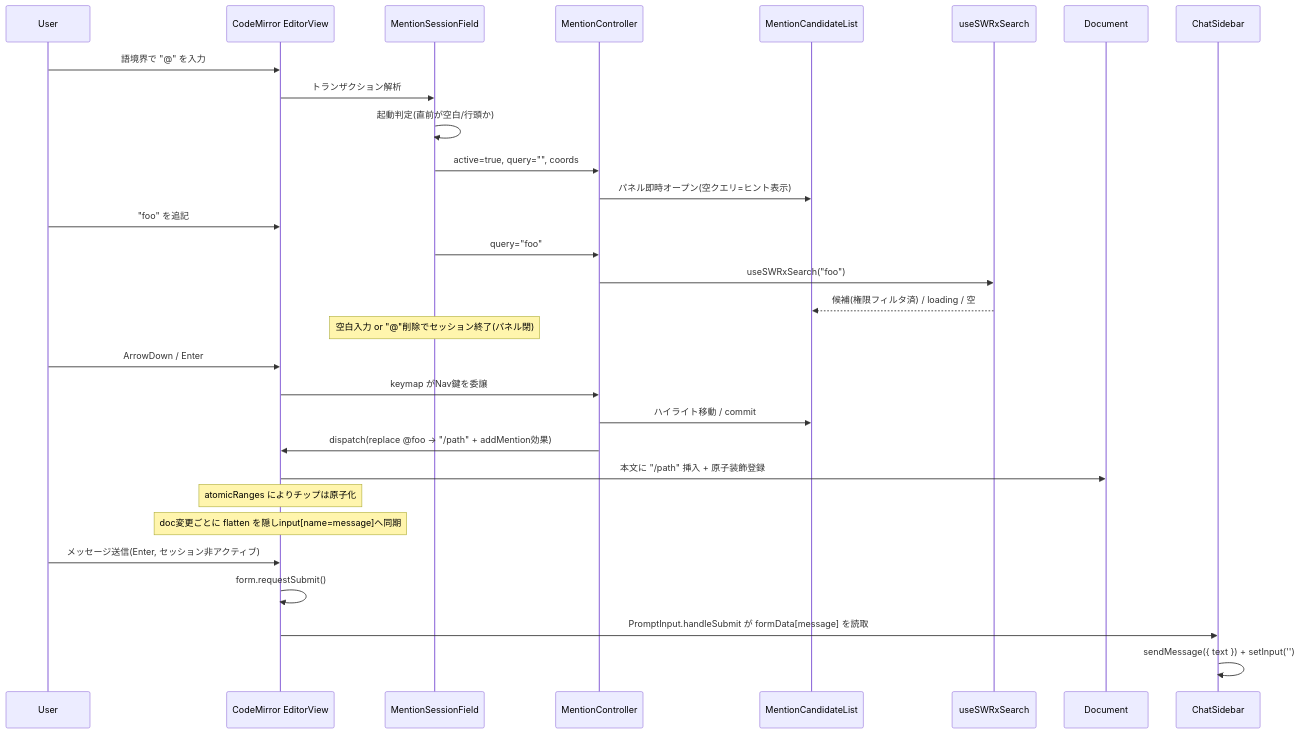
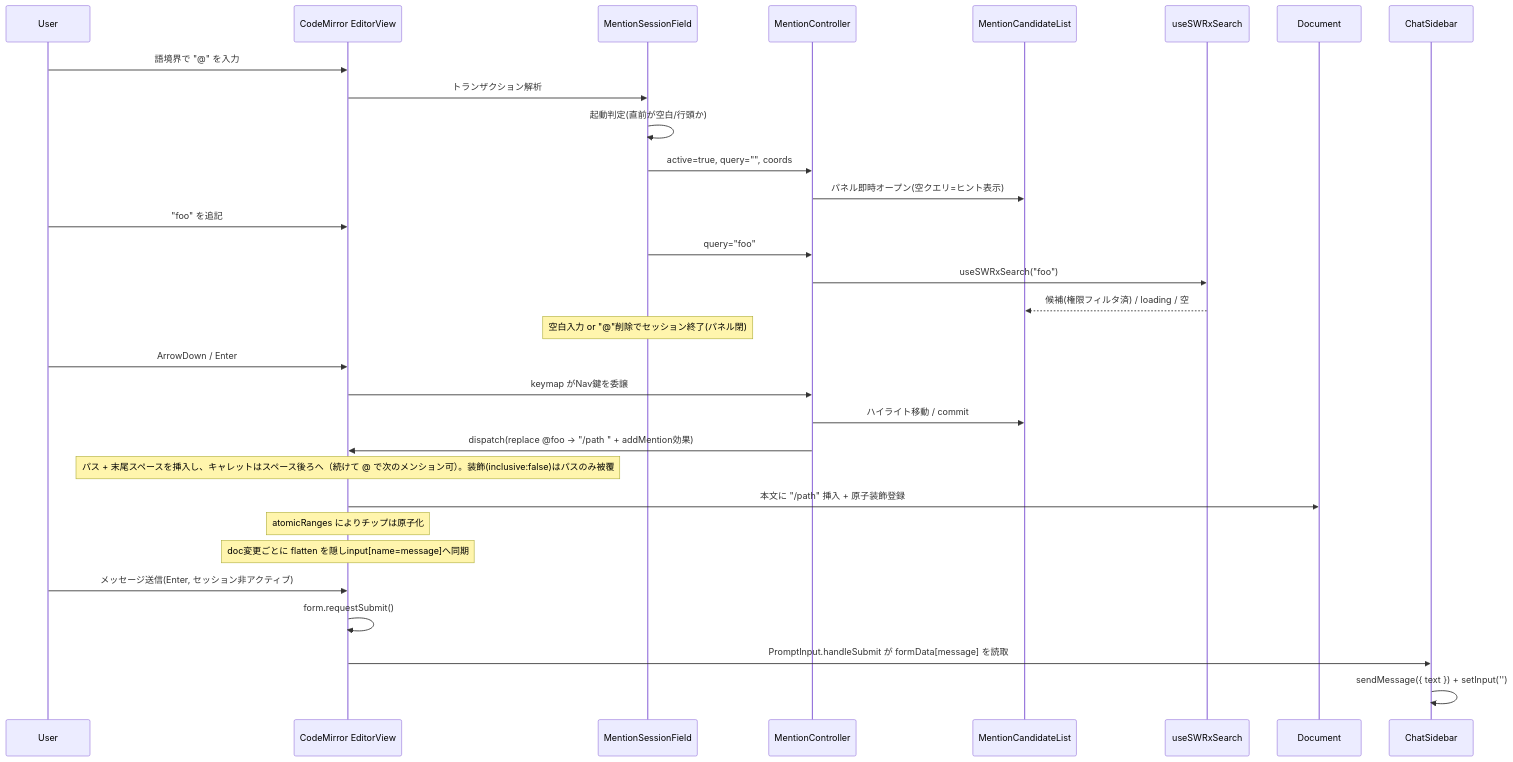
One commit to growilabs/growi changed the second of 2 diagrams in .kiro/specs/ai-chat-page-mention/design.md. Above: the diagram before and after it, drawn with Mermaid. The commit also changed other lines of this file and 1 other file, not shown here.

````diff
--- a/.kiro/specs/ai-chat-page-mention/design.md
+++ b/.kiro/specs/ai-chat-page-mention/design.md
@@ -133,32 +138,33 @@
 ```mermaid
 sequenceDiagram
     participant User
     participant Editor as CodeMirror EditorView
     participant Session as MentionSessionField
     participant Controller as MentionController
     participant List as MentionCandidateList
     participant Search as useSWRxSearch
     participant Doc as Document
 
     User->>Editor: 語境界で "@" を入力
     Editor->>Session: トランザクション解析
     Session->>Session: 起動判定(直前が空白/行頭か)
     Session->>Controller: active=true, query="", coords
     Controller->>List: パネル即時オープン(空クエリ=ヒント表示)
     User->>Editor: "foo" を追記
     Session->>Controller: query="foo"
     Controller->>Search: useSWRxSearch("foo")
     Search-->>List: 候補(権限フィルタ済) / loading / 空
     Note over Session: 空白入力 or "@"削除でセッション終了(パネル閉)
     User->>Editor: ArrowDown / Enter
     Editor->>Controller: keymap がNav鍵を委譲
     Controller->>List: ハイライト移動 / commit
-    Controller->>Editor: dispatch(replace @foo → "/path" + addMention効果)
+    Controller->>Editor: dispatch(replace @foo → "/path " + addMention効果)
+    Note over Editor: パス + 末尾スペースを挿入し、キャレットはスペース後ろへ（続けて @ で次のメンション可）。装飾(inclusive:false)はパスのみ被覆
     Editor->>Doc: 本文に "/path" 挿入 + 原子装飾登録
     Note over Editor: atomicRanges によりチップは原子化
     Note over Editor: doc変更ごとに flatten を隠しinput[name=message]へ同期
     User->>Editor: メッセージ送信(Enter, セッション非アクティブ)
     Editor->>Editor: form.requestSubmit()
     Editor->>ChatSidebar: PromptInput.handleSubmit が formData[message] を読取
     ChatSidebar->>ChatSidebar: sendMessage({ text }) + setInput('')
 ```
````
